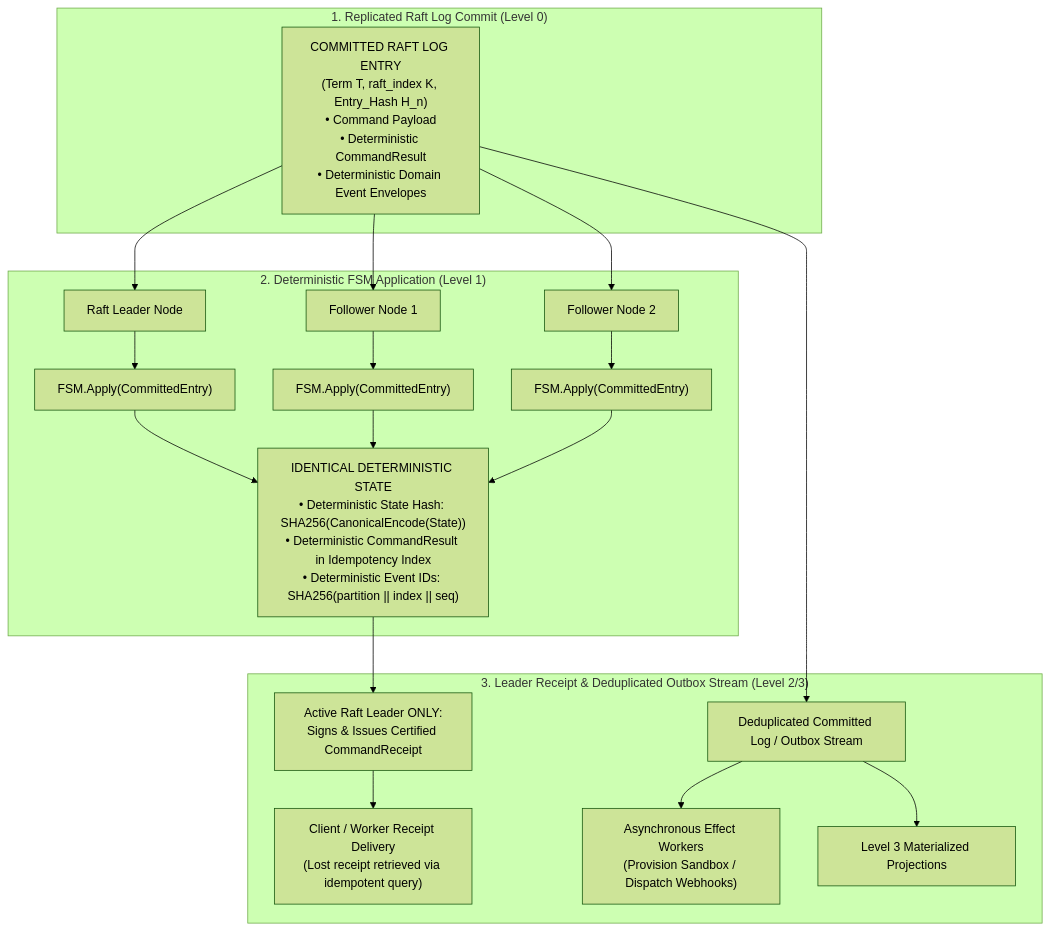
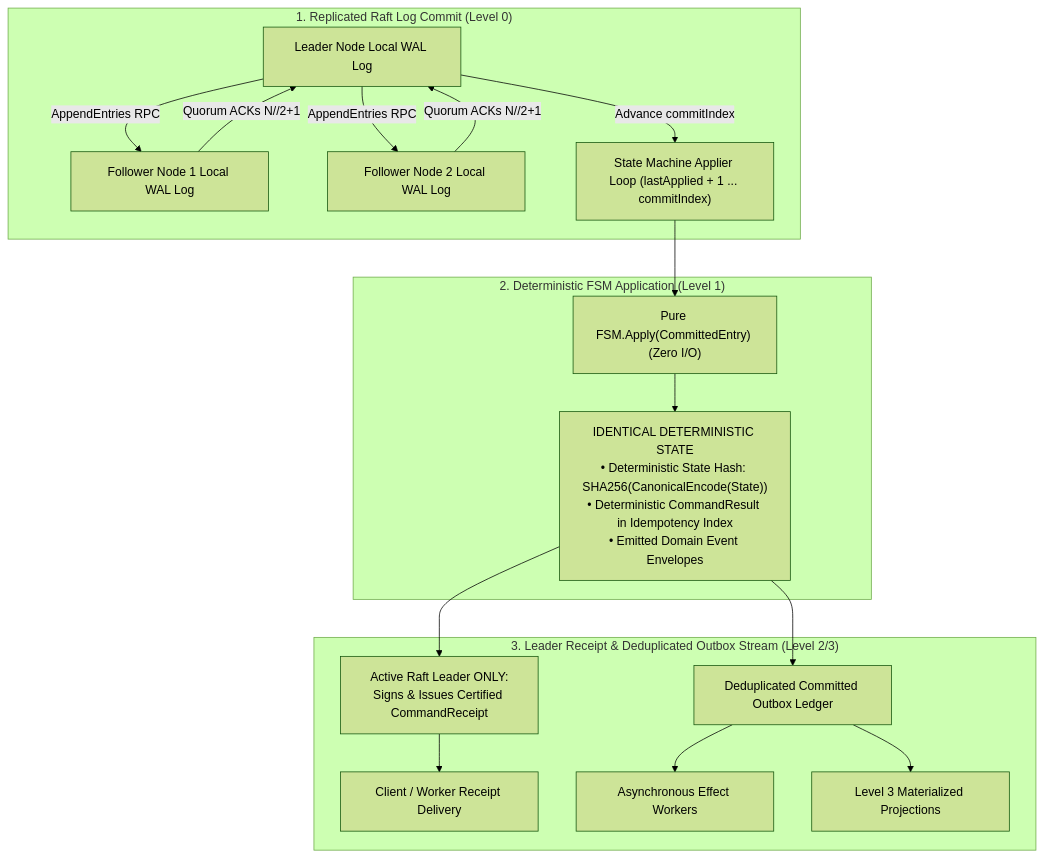
One commit to AviralGup7/Singularity-Zero changed the diagram in docs/architecture.md. Above: the diagram before and after it, drawn with Mermaid (forest theme). The commit also changed other lines of this file and 24 other files, not shown here.

Commit message:
fix(arch): enforce single source of authority, pure FSM events, and boundary invariants

````diff
--- a/docs/architecture.md
+++ b/docs/architecture.md
@@ -68,27 +90,27 @@
 ```mermaid
 graph TD
     subgraph Raft_Consensus_Commit ["1. Replicated Raft Log Commit (Level 0)"]
-        CommittedLog["COMMITTED RAFT LOG ENTRY<br/>(Term T, raft_index K, Entry_Hash H_n)<br/>• Command Payload<br/>• Deterministic CommandResult<br/>• Deterministic Domain Event Envelopes"]
+        LeaderNode["Leader Node Local WAL Log"]
+        FollowerNode1["Follower Node 1 Local WAL Log"]
+        FollowerNode2["Follower Node 2 Local WAL Log"]
+
+        LeaderNode -->|AppendEntries RPC| FollowerNode1
+        LeaderNode -->|AppendEntries RPC| FollowerNode2
+        FollowerNode1 & FollowerNode2 -->|Quorum ACKs N//2+1| LeaderNode
+        LeaderNode -->|Advance commitIndex| ApplierLoop["State Machine Applier Loop (lastApplied + 1 ... commitIndex)"]
     end
 
     subgraph Multi_Replica_FSM ["2. Deterministic FSM Application (Level 1)"]
-        CommittedLog --> LeaderNode["Raft Leader Node"]
-        CommittedLog --> FollowerNode1["Follower Node 1"]
-        CommittedLog --> FollowerNode2["Follower Node 2"]
-
-        LeaderNode --> FSM_Leader["FSM.Apply(CommittedEntry)"]
-        FollowerNode1 --> FSM_Follower1["FSM.Apply(CommittedEntry)"]
-        FollowerNode2 --> FSM_Follower2["FSM.Apply(CommittedEntry)"]
-
-        FSM_Leader & FSM_Follower1 & FSM_Follower2 --> IdenticalState["IDENTICAL DETERMINISTIC STATE<br/>• Deterministic State Hash: SHA256(CanonicalEncode(State))<br/>• Deterministic CommandResult in Idempotency Index<br/>• Deterministic Event IDs: SHA256(partition || index || seq)"]
+        ApplierLoop --> FSM_Apply["Pure FSM.Apply(CommittedEntry) (Zero I/O)"]
+        FSM_Apply --> IdenticalState["IDENTICAL DETERMINISTIC STATE<br/>• Deterministic State Hash: SHA256(CanonicalEncode(State))<br/>• Deterministic CommandResult in Idempotency Index<br/>• Emitted Domain Event Envelopes"]
     end
 
     subgraph Receipt_And_Outbox ["3. Leader Receipt & Deduplicated Outbox Stream (Level 2/3)"]
         IdenticalState --> LeaderOnlySign["Active Raft Leader ONLY:<br/>Signs & Issues Certified CommandReceipt"]
-        LeaderOnlySign --> ClientReceipt["Client / Worker Receipt Delivery<br/>(Lost receipt retrieved via idempotent query)"]
+        LeaderOnlySign --> ClientReceipt["Client / Worker Receipt Delivery"]
         
-        CommittedLog --> DeduplicatedStream["Deduplicated Committed Log / Outbox Stream"]
-        DeduplicatedStream --> EffectWorkers["Asynchronous Effect Workers<br/>(Provision Sandbox / Dispatch Webhooks)"]
+        IdenticalState --> DeduplicatedStream["Deduplicated Committed Outbox Ledger"]
+        DeduplicatedStream --> EffectWorkers["Asynchronous Effect Workers"]
         DeduplicatedStream --> Level3Projections["Level 3 Materialized Projections"]
     end
 ```
````
